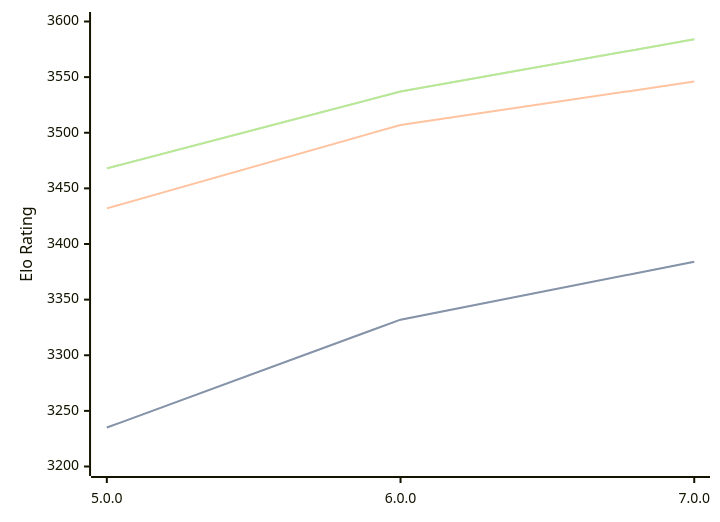
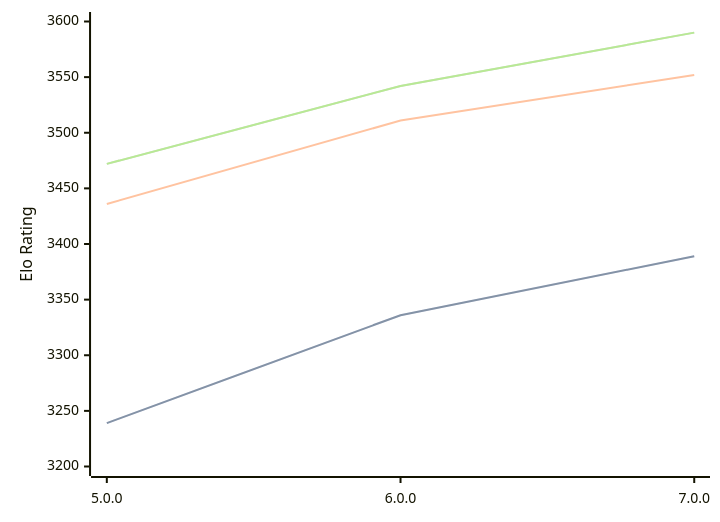
One commit to computer-chess-index/cci changed the diagram in engines/Stormphrax.md. Above: the diagram before and after it, drawn with Mermaid. The commit also changed other lines of this file, not shown here.

Commit message:
Update CCI Ratings (ELO VLTC) - 2026-04-18

````diff
--- a/engines/Stormphrax.md
+++ b/engines/Stormphrax.md
@@ -38,11 +38,11 @@
 ```mermaid
 %%{init: {"theme":"base","themeVariables":{"seriesColors:['#a3a3a3','#222221','#faa371']}}}%%
 xychart-beta
   x-axis ["5.0.0", "6.0.0", "7.0.0"]
   y-axis "Elo Rating" 3200 --> 3600
-  line "STC (8.0+0.08s)" [3235, 3332, 3384]
-  line "STC (8.0+0.08s)" [3235, 3332, 3384]
-  line "LTC (60.0+0.60s)" [3432, 3507, 3546]
-  line "VLTC (2m24s+1.12s)" [3468, 3537, 3584]
-  line "VLTC (2m24s+1.12s)" [3468, 3537, 3584]
+  line "STC (8.0+0.08s)" [3239, 3336, 3389]
+  line "STC (8.0+0.08s)" [3239, 3336, 3389]
+  line "LTC (60.0+0.60s)" [3436, 3511, 3552]
+  line "VLTC (2m24s+1.12s)" [3472, 3542, 3590]
+  line "VLTC (2m24s+1.12s)" [3472, 3542, 3590]
 ```
````
